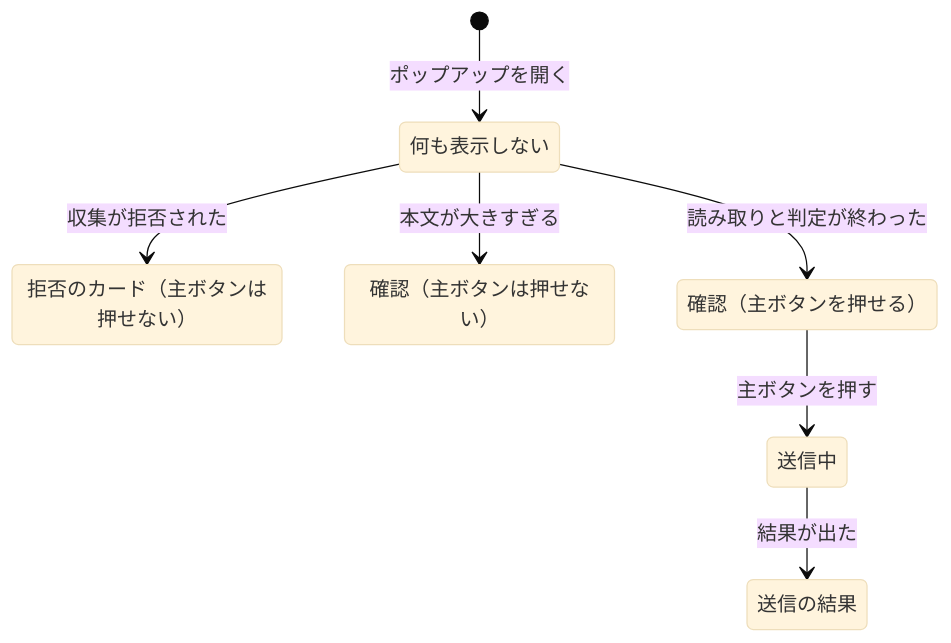
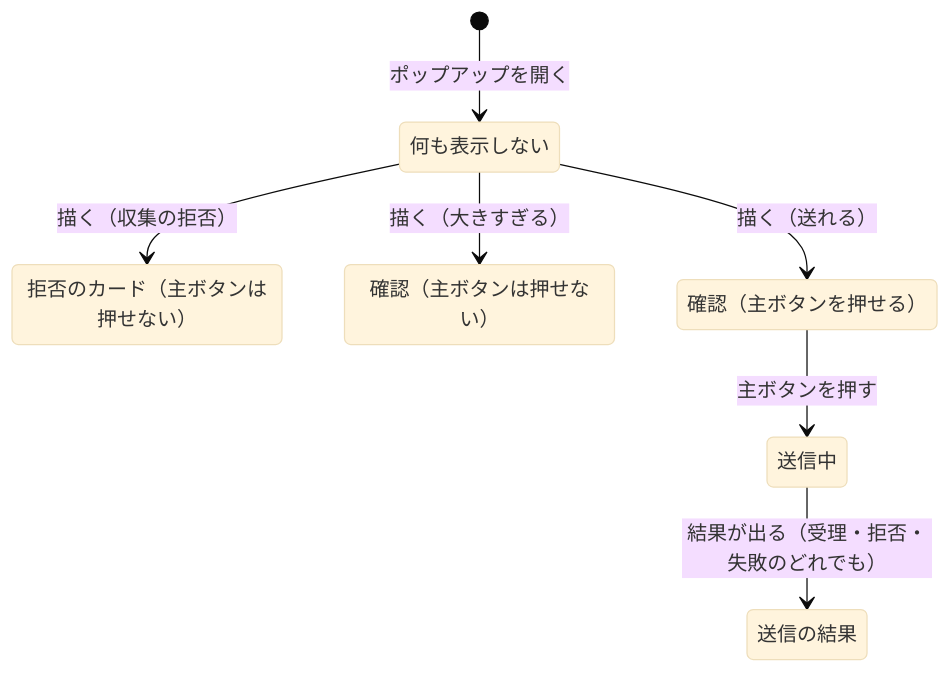
Before and after one commit to isseis/yt2column: the fifth of 5 diagrams in docs/tasks/0046_popup_redesign/02_architecture.md, drawn with Mermaid (base theme). The commit also changed other lines of this file, not shown here.

First line of the commit message:
docs(0046): address architecture review and Japanese prose findings

````diff
--- a/docs/tasks/0046_popup_redesign/02_architecture.md
+++ b/docs/tasks/0046_popup_redesign/02_architecture.md
@@ -709,16 +745,16 @@
 ```mermaid
 stateDiagram-v2
     [*] --> Blank : ポップアップを開く
     state "何も表示しない" as Blank
     state "拒否のカード（主ボタンは押せない）" as Rejected
     state "確認（主ボタンは押せない）" as Blocked
     state "確認（主ボタンを押せる）" as Ready
     state "送信中" as Sending
     state "送信の結果" as Sent
 
-    Blank --> Rejected : 収集が拒否された
-    Blank --> Blocked : 本文が大きすぎる
-    Blank --> Ready : 読み取りと判定が終わった
+    Blank --> Rejected : 描く（収集の拒否）
+    Blank --> Blocked : 描く（大きすぎる）
+    Blank --> Ready : 描く（送れる）
     Ready --> Sending : 主ボタンを押す
-    Sending --> Sent : 結果が出た
+    Sending --> Sent : 結果が出る（受理・拒否・失敗のどれでも）
 ```
````
